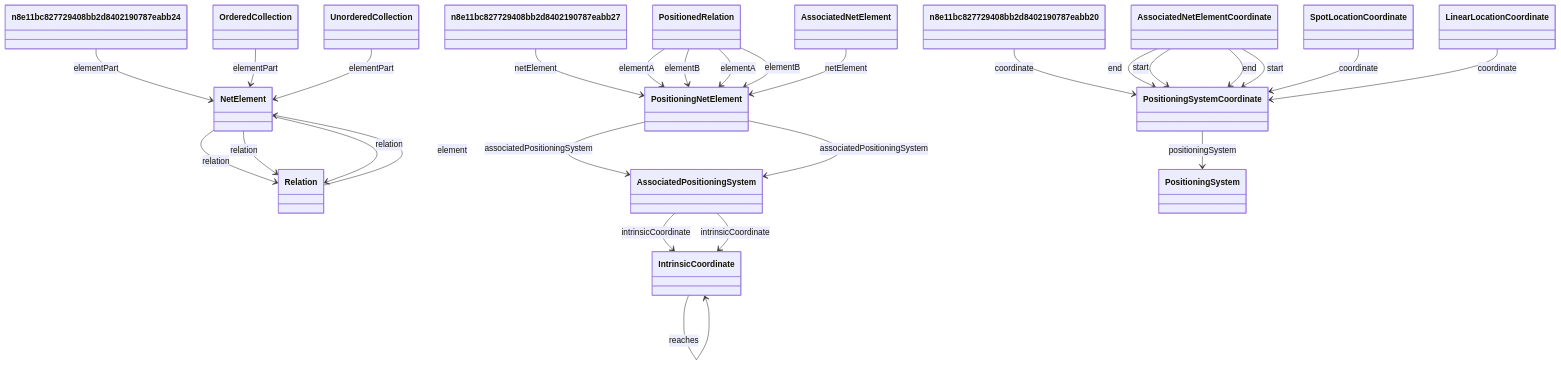
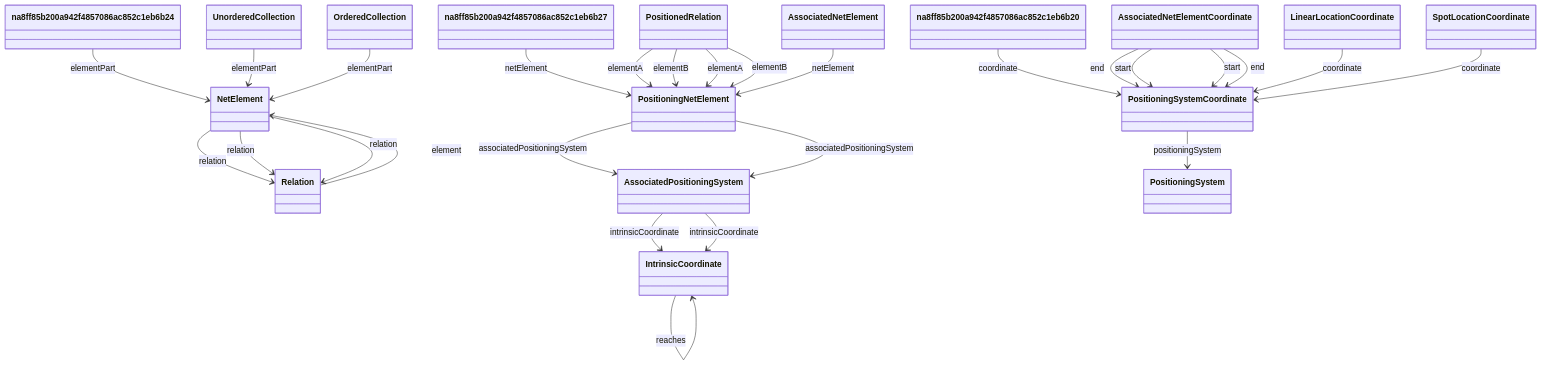
One commit to oeg-upm/Devos changed the diagram in output/ieswc_freq/rail.ttl-freq-5.md. Above: the diagram before and after it, drawn with Mermaid. The commit also changed 52 other files, not shown here.

````diff
--- a/output/ieswc_freq/rail.ttl-freq-5.md
+++ b/output/ieswc_freq/rail.ttl-freq-5.md
@@ -1,79 +1,79 @@
 ```mermaid
 	classDiagram
 
     
     class PositioningNetElement {
     
     }
 
     class IntrinsicCoordinate {
     
     }
 
     class NetElement {
     
     }
 
     class PositioningSystemCoordinate {
     
     }
 
     class Relation {
     
     }
 
 
 
 AssociatedNetElementCoordinate  --> PositioningSystemCoordinate   :end  
 
-PositioningNetElement  --> AssociatedPositioningSystem   :associatedPositioningSystem  
-
 NetElement  --> Relation   :relation  
-
-n8e11bc827729408bb2d8402190787eabb24  --> NetElement   :elementPart  
 
 AssociatedNetElementCoordinate  --> PositioningSystemCoordinate   :start  
 
+PositioningNetElement  --> AssociatedPositioningSystem   :associatedPositioningSystem  
+
+na8ff85b200a942f4857086ac852c1eb6b27  --> PositioningNetElement   :netElement  
+
+na8ff85b200a942f4857086ac852c1eb6b20  --> PositioningSystemCoordinate   :coordinate  
+
+AssociatedPositioningSystem  --> IntrinsicCoordinate   :intrinsicCoordinate  
+
 PositionedRelation  --> PositioningNetElement   :elementA  
+
+na8ff85b200a942f4857086ac852c1eb6b24  --> NetElement   :elementPart  
+
+PositionedRelation  --> PositioningNetElement   :elementB  
 
 Relation  --> NetElement   :element  
 
-n8e11bc827729408bb2d8402190787eabb27  --> PositioningNetElement   :netElement  
+IntrinsicCoordinate  --> IntrinsicCoordinate   :reaches  
 
-n8e11bc827729408bb2d8402190787eabb20  --> PositioningSystemCoordinate   :coordinate  
+PositionedRelation  --> PositioningNetElement   :elementA  
+
+PositioningNetElement  --> AssociatedPositioningSystem   :associatedPositioningSystem  
+
+AssociatedNetElementCoordinate  --> PositioningSystemCoordinate   :start  
+
+LinearLocationCoordinate  --> PositioningSystemCoordinate   :coordinate  
 
 PositionedRelation  --> PositioningNetElement   :elementB  
 
-AssociatedPositioningSystem  --> IntrinsicCoordinate   :intrinsicCoordinate  
-
-IntrinsicCoordinate  --> IntrinsicCoordinate   :reaches  
-
 SpotLocationCoordinate  --> PositioningSystemCoordinate   :coordinate  
 
-PositionedRelation  --> PositioningNetElement   :elementA  
-
-AssociatedNetElementCoordinate  --> PositioningSystemCoordinate   :end  
-
-AssociatedNetElement  --> PositioningNetElement   :netElement  
+UnorderedCollection  --> NetElement   :elementPart  
 
 AssociatedPositioningSystem  --> IntrinsicCoordinate   :intrinsicCoordinate  
 
 NetElement  --> Relation   :relation  
 
+PositioningSystemCoordinate  --> PositioningSystem   :positioningSystem  
+
+AssociatedNetElementCoordinate  --> PositioningSystemCoordinate   :end  
+
 NetElement  --> Relation   :relation  
-
-LinearLocationCoordinate  --> PositioningSystemCoordinate   :coordinate  
-
-AssociatedNetElementCoordinate  --> PositioningSystemCoordinate   :start  
 
 OrderedCollection  --> NetElement   :elementPart  
 
-UnorderedCollection  --> NetElement   :elementPart  
-
-PositioningSystemCoordinate  --> PositioningSystem   :positioningSystem  
-
-PositioningNetElement  --> AssociatedPositioningSystem   :associatedPositioningSystem  
-
-PositionedRelation  --> PositioningNetElement   :elementB  
+AssociatedNetElement  --> PositioningNetElement   :netElement  
 
 ```
````
